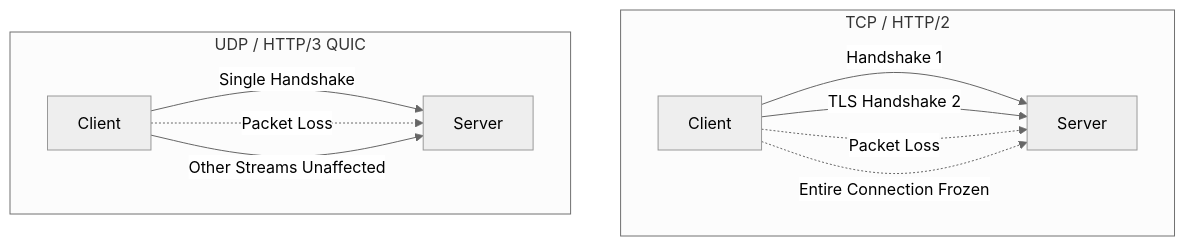
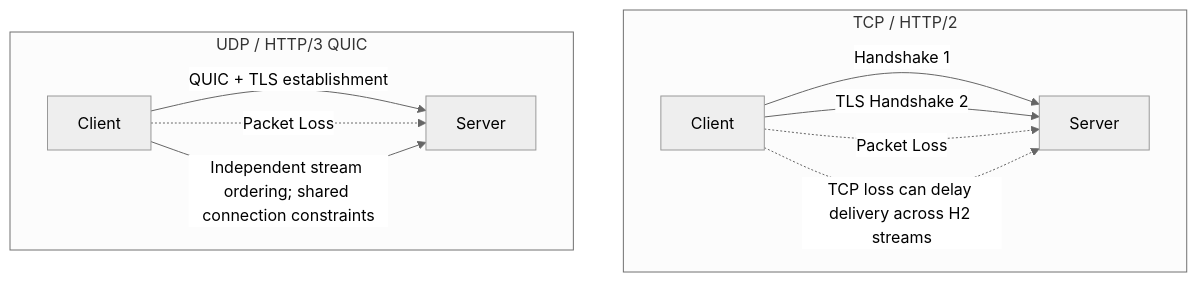
The diagram in backend-for-mobile/transport-protocols.md (swarnsingh/android-staff-engineer-playbook-website), drawn with Mermaid (neutral theme) before and after one commit. The commit also changed other lines of this file and 11 other files, not shown here.

````diff
--- a/backend-for-mobile/transport-protocols.md
+++ b/backend-for-mobile/transport-protocols.md
@@ -73,15 +71,15 @@
 ```mermaid
 graph TD
     subgraph "TCP / HTTP/2"
         TCP_C[Client] -->|Handshake 1| TCP_S[Server]
         TCP_C -->|TLS Handshake 2| TCP_S
         TCP_C -.->|Packet Loss| TCP_S
-        TCP_C -.->|Entire Connection Frozen| TCP_S
+        TCP_C -.->|TCP loss can delay delivery across H2 streams| TCP_S
     end
     
     subgraph "UDP / HTTP/3 QUIC"
-        UDP_C[Client] -->|Single Handshake| UDP_S[Server]
+        UDP_C[Client] -->|QUIC + TLS establishment| UDP_S[Server]
         UDP_C -.->|Packet Loss| UDP_S
-        UDP_C -->|Other Streams Unaffected| UDP_S
+        UDP_C -->|Independent stream ordering; shared connection constraints| UDP_S
     end
 ```
````
